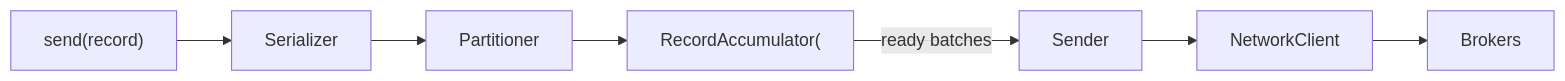
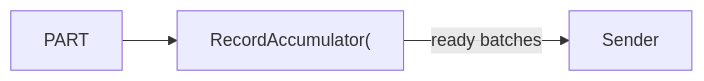
One commit to yjkim2015/yjkim2015.github.io changed the first of 21 diagrams in _posts/kafka/2026-05-01-kafka-internals.md. Above: the diagram before and after it, drawn with Mermaid. The commit also changed other lines of this file and 149 other files, not shown here.

First line of the commit message:
Mermaid 가독성 개선: 라벨 축약, 노드 축소, TD→LR 변환

````diff
--- a/_posts/kafka/2026-05-01-kafka-internals.md
+++ b/_posts/kafka/2026-05-01-kafka-internals.md
@@ -18,7 +18,5 @@
 ```mermaid
 graph LR
-    SEND["send(record)"] --> SER["Serializer"] --> PART["Partitioner"]
     PART --> ACC["RecordAccumulator("]
     ACC -->|"ready batches"| SENDER["Sender"]
-    SENDER --> NC["NetworkClient"] --> BROKERS["Brokers"]
 ```
````
